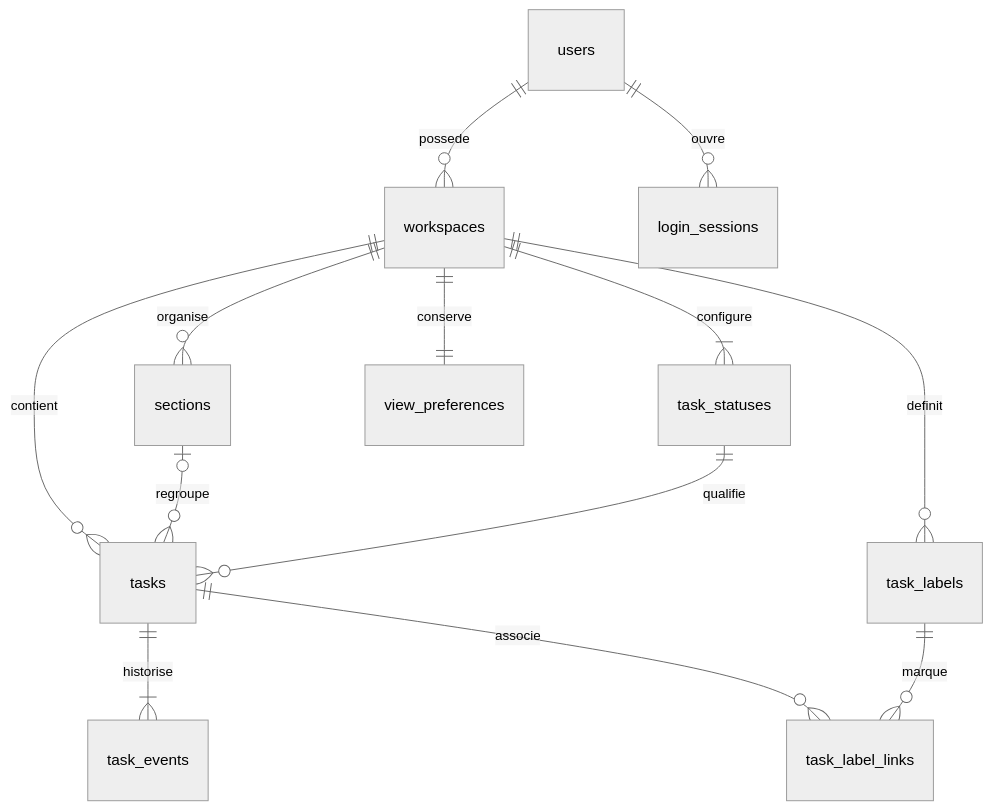
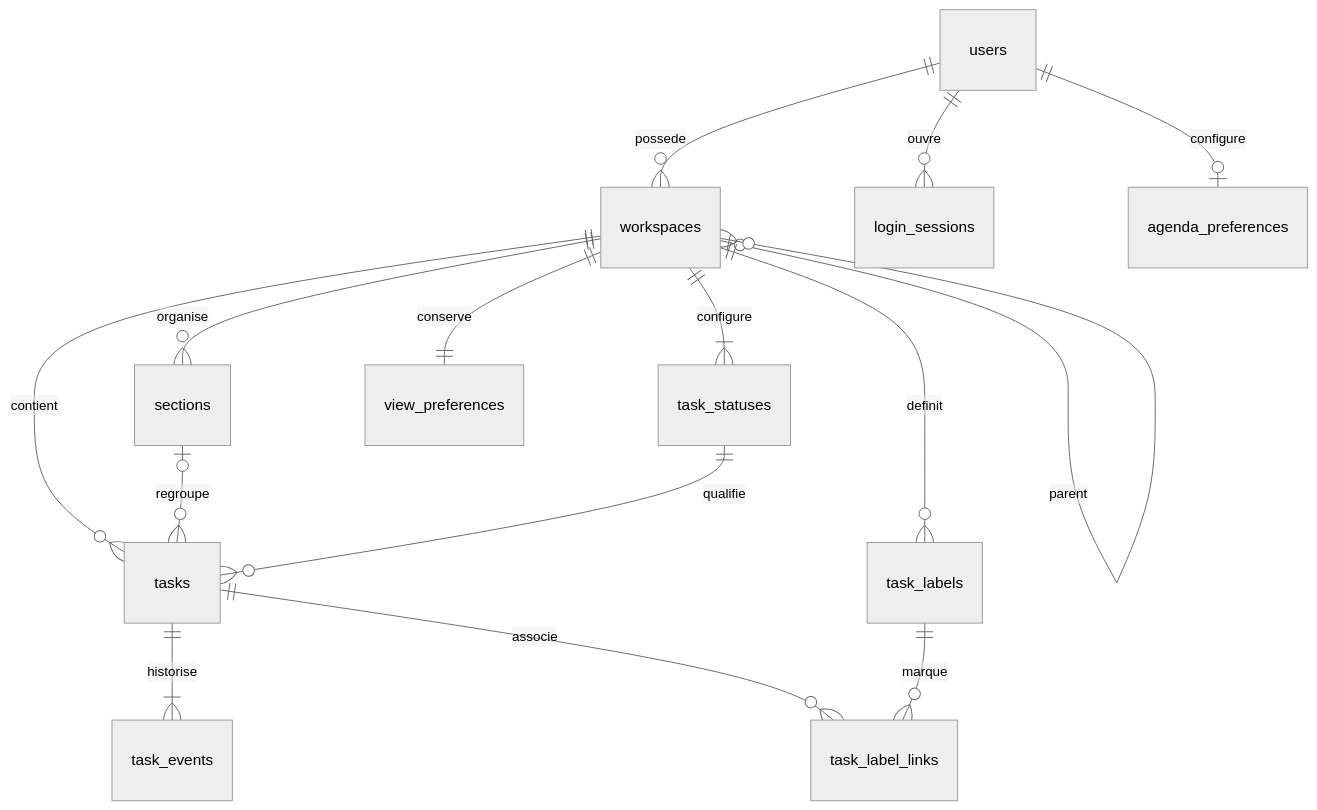
One commit to ThibaultLeveau/life.thibault-leveau.com changed the diagram in docs/assets/diagrams/data.mmd. Above: the diagram before and after it, drawn with Mermaid. The commit also changed 26 other files, not shown here.

```diff
--- a/docs/assets/diagrams/data.mmd
+++ b/docs/assets/diagrams/data.mmd
@@ -1,19 +1,21 @@
 ---
 config:
   theme: neutral
   themeVariables:
     fontFamily: 'Arial, sans-serif'
 ---
 erDiagram
     users ||--o{ workspaces : possede
     users ||--o{ login_sessions : ouvre
+    users ||--o| agenda_preferences : configure
+    workspaces |o--o{ workspaces : parent
     workspaces ||--o{ sections : organise
     workspaces ||--|{ task_statuses : configure
     workspaces ||--o{ task_labels : definit
     workspaces ||--|| view_preferences : conserve
     workspaces ||--o{ tasks : contient
     sections |o--o{ tasks : regroupe
     task_statuses ||--o{ tasks : qualifie
     tasks ||--|{ task_events : historise
     tasks ||--o{ task_label_links : associe
     task_labels ||--o{ task_label_links : marque
```
